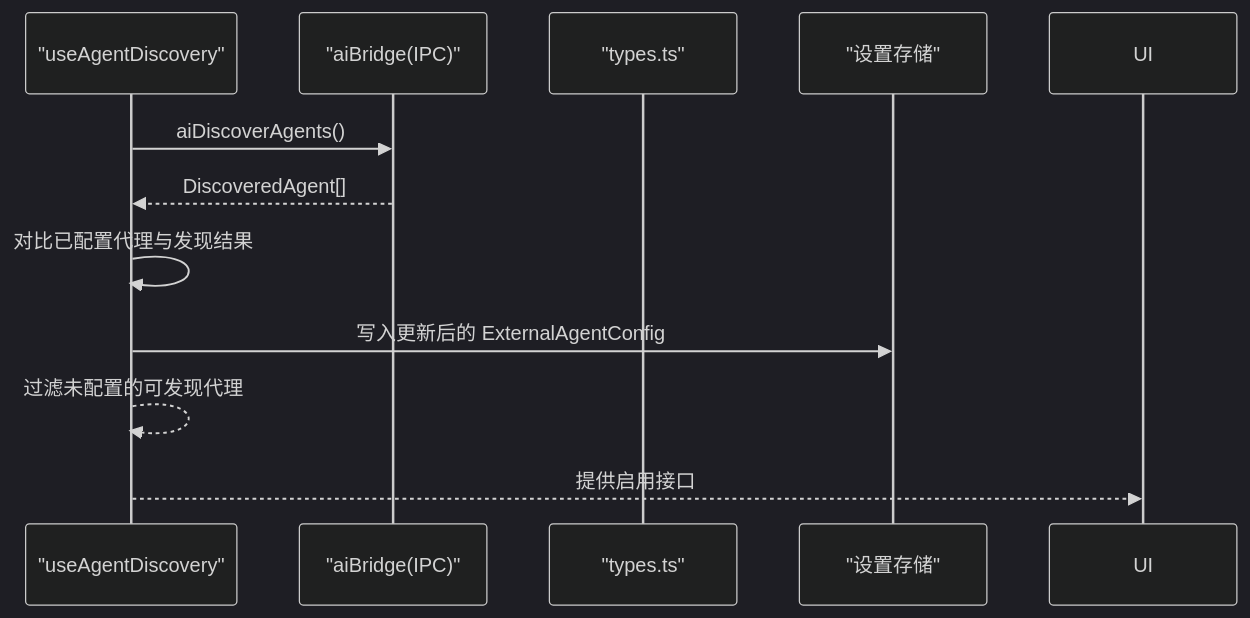
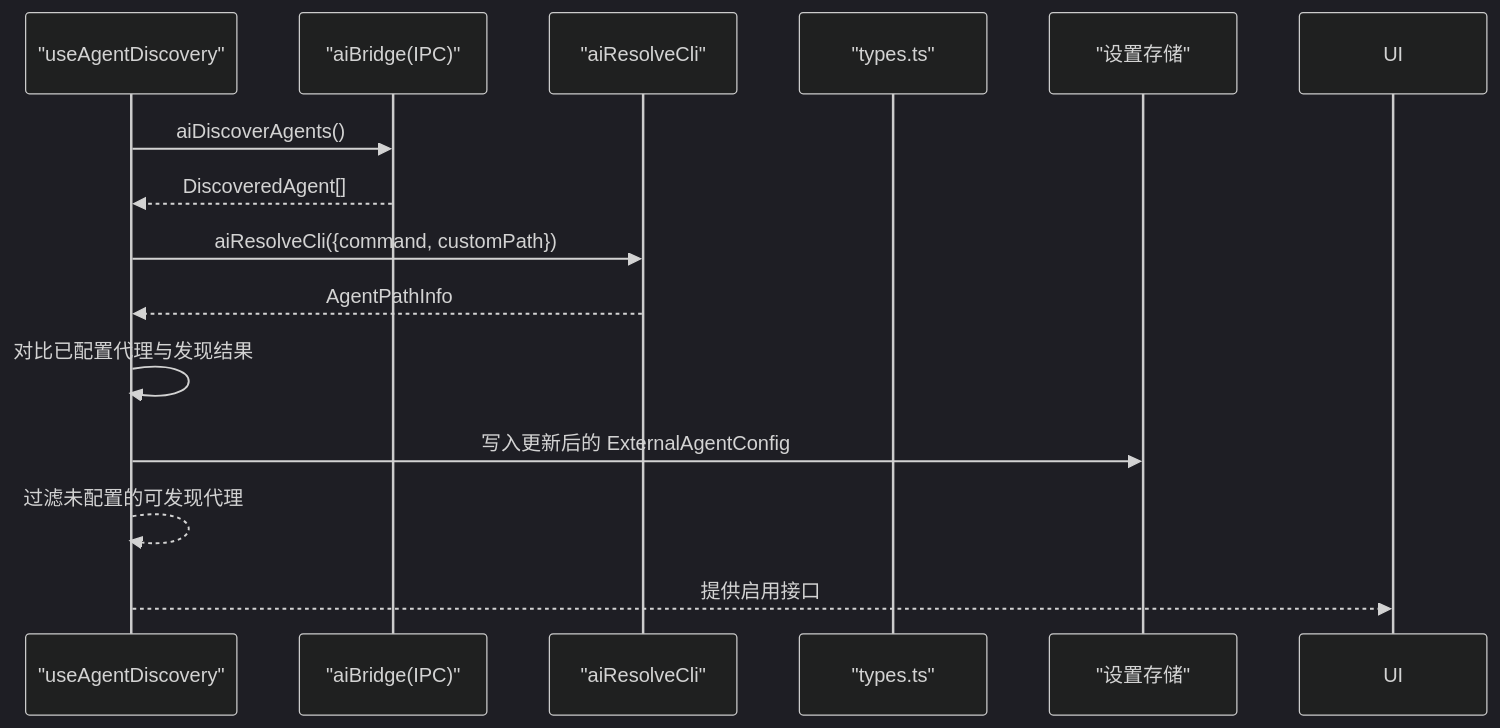
One commit to szeiyou/Netcatty changed the fourth of 11 diagrams in .qoder/repowiki/zh/content/用户指南/AI代理集成/代理管理.md. Above: the diagram before and after it, drawn with Mermaid (dark theme). The commit also changed other lines of this file and 8 other files, not shown here.

````diff
--- a/.qoder/repowiki/zh/content/用户指南/AI代理集成/代理管理.md
+++ b/.qoder/repowiki/zh/content/用户指南/AI代理集成/代理管理.md
@@ -163,13 +203,16 @@
 ```mermaid
 sequenceDiagram
 participant Hook as "useAgentDiscovery"
 participant Bridge as "aiBridge(IPC)"
+participant Resolver as "aiResolveCli"
 participant Types as "types.ts"
 participant Store as "设置存储"
 Hook->>Bridge : aiDiscoverAgents()
 Bridge-->>Hook : DiscoveredAgent[]
+Hook->>Resolver : aiResolveCli({command, customPath})
+Resolver-->>Hook : AgentPathInfo
 Hook->>Hook : 对比已配置代理与发现结果
 Hook->>Store : 写入更新后的 ExternalAgentConfig
 Hook-->>Hook : 过滤未配置的可发现代理
 Hook-->>UI : 提供启用接口
 ```
````
